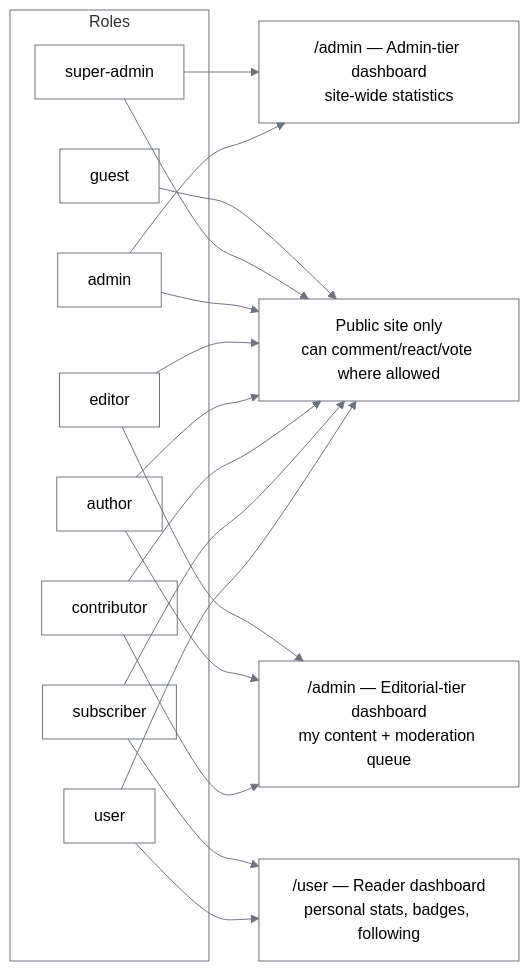
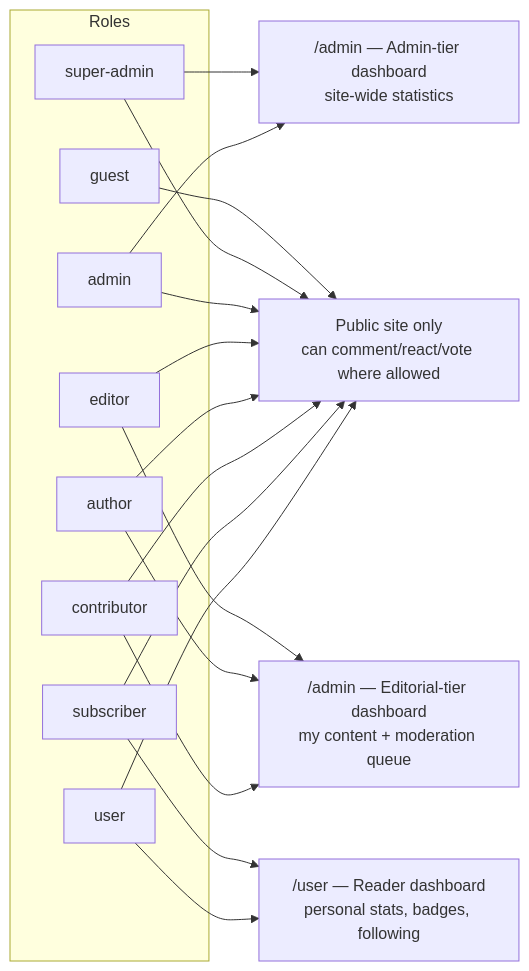
One commit to foysalahmedmin/z-news changed the third of 3 diagrams in README.md. Above: the diagram before and after it, drawn with Mermaid. The commit also changed other lines of this file and 2 other files, not shown here.

First line of the commit message:
docs: stop forcing a mermaid theme -- let GitHub auto-adapt to light/dark

````diff
--- a/README.md
+++ b/README.md
@@ -140,21 +138,20 @@
 ```mermaid
-%%{init: {'theme': 'neutral', 'themeVariables': {'primaryColor': 'transparent', 'primaryBorderColor': '#6b7280', 'primaryTextColor': '#6b7280', 'lineColor': '#6b7280', 'secondaryColor': 'transparent', 'tertiaryColor': 'transparent', 'mainBkg': 'transparent', 'background': 'transparent', 'nodeBorder': '#6b7280', 'clusterBkg': 'transparent', 'clusterBorder': '#6b7280', 'edgeLabelBackground': 'transparent', 'cScale0': 'transparent', 'cScale1': 'transparent', 'cScale2': 'transparent', 'cScale3': 'transparent', 'cScale4': 'transparent', 'cScale5': 'transparent', 'cScale6': 'transparent', 'cScale7': 'transparent', 'cScale8': 'transparent', 'cScale9': 'transparent', 'cScale10': 'transparent', 'cScale11': 'transparent', 'cScaleLabel0': '#6b7280', 'cScaleLabel1': '#6b7280', 'cScaleLabel2': '#6b7280', 'cScaleLabel3': '#6b7280', 'cScaleLabel4': '#6b7280', 'cScaleLabel5': '#6b7280', 'cScaleLabel6': '#6b7280', 'cScaleLabel7': '#6b7280', 'cScaleLabel8': '#6b7280', 'cScaleLabel9': '#6b7280', 'cScaleLabel10': '#6b7280', 'cScaleLabel11': '#6b7280'}}}%%
 graph LR
     subgraph Roles
         SA[super-admin]
         AD[admin]
         ED[editor]
         AU[author]
         CO[contributor]
         SU[subscriber]
         US[user]
         GU[guest]
     end
 
     SA & AD --> DashAdmin["/admin — Admin-tier dashboard\nsite-wide statistics"]
     ED & AU & CO --> DashEdit["/admin — Editorial-tier dashboard\nmy content + moderation queue"]
     SU & US --> DashReader["/user — Reader dashboard\npersonal stats, badges, following"]
     GU --> PublicOnly["Public site only\ncan comment/react/vote where allowed"]
 
     SA & AD & ED & AU & CO & SU & US --> PublicOnly
 ```
````
